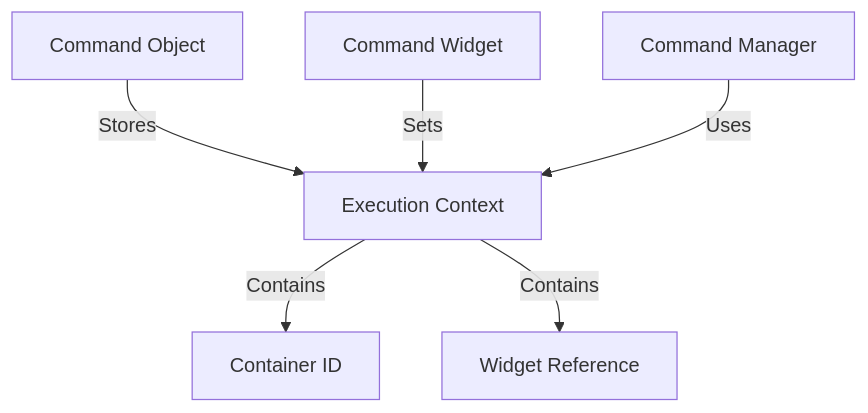
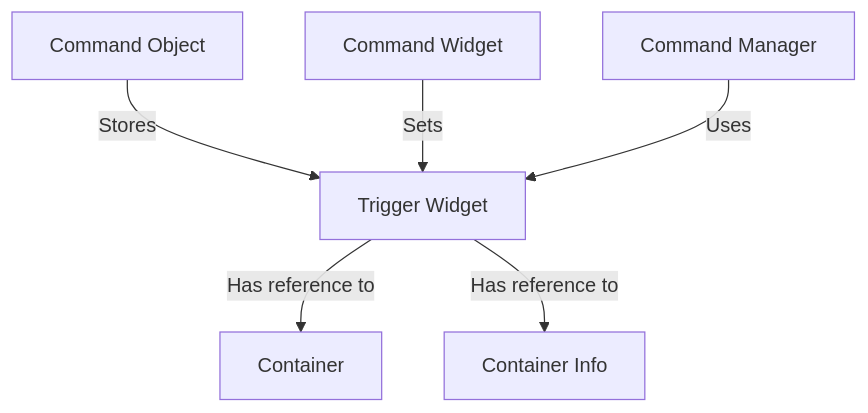
Before and after one commit to maro7tigre/PySignalDecipher: the third of 4 diagrams in command_system/docs/planning.md, drawn with Mermaid. The commit also changed other lines of this file and 8 other files, not shown here.

````diff
--- a/command_system/docs/planning.md
+++ b/command_system/docs/planning.md
@@ -47,9 +47,9 @@
 ```mermaid
 graph TD
-    CMD[Command Object] -- "Stores" --> CTX[Execution Context]
-    CTX -- "Contains" --> CID[Container ID]
-    CTX -- "Contains" --> WID[Widget Reference]
+    CMD[Command Object] -- "Stores" --> TW[Trigger Widget]
+    TW -- "Has reference to" --> Container
+    TW -- "Has reference to" --> CI[Container Info]
     
-    CW[Command Widget] -- "Sets" --> CTX
-    CM[Command Manager] -- "Uses" --> CTX
+    CW[Command Widget] -- "Sets" --> TW
+    CM[Command Manager] -- "Uses" --> TW
 ```
````
